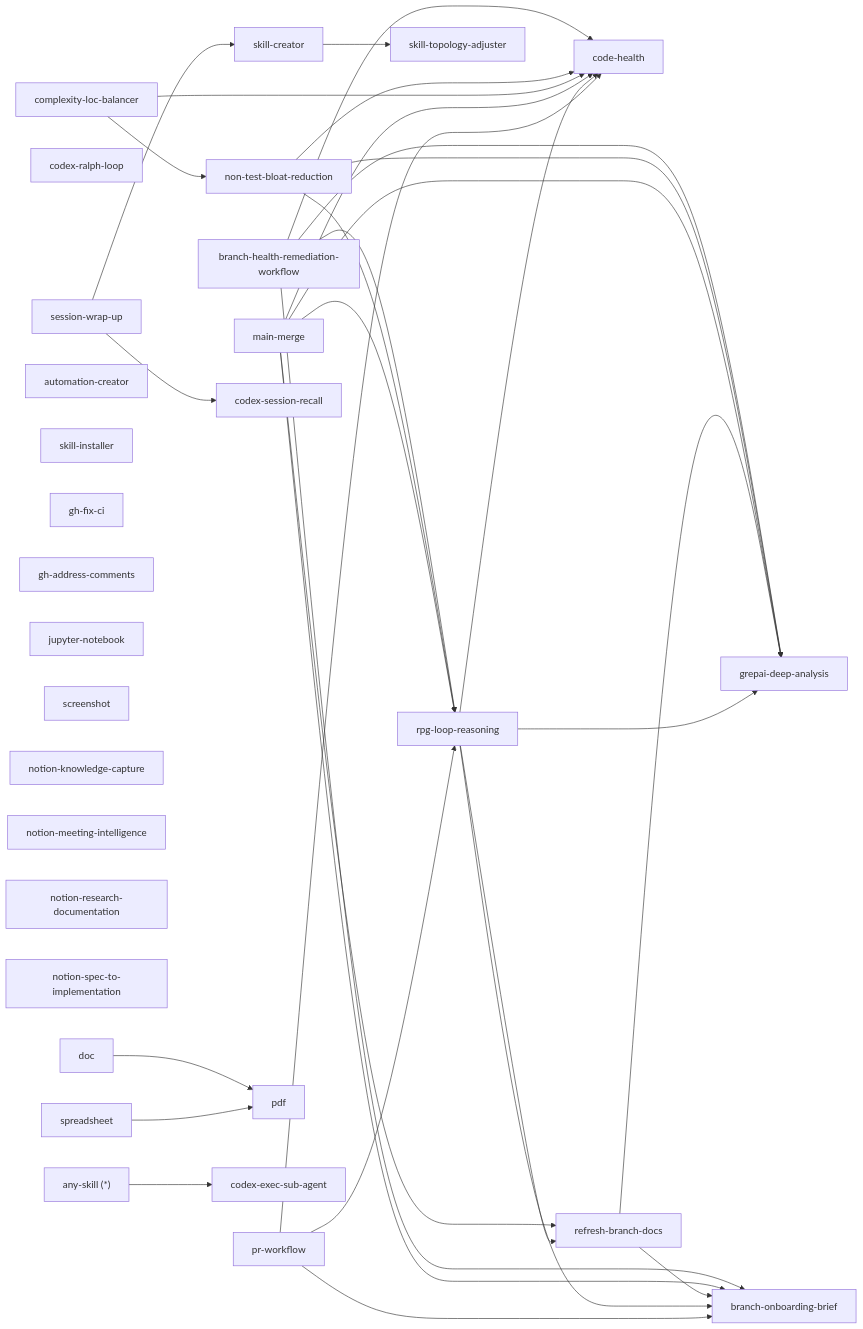
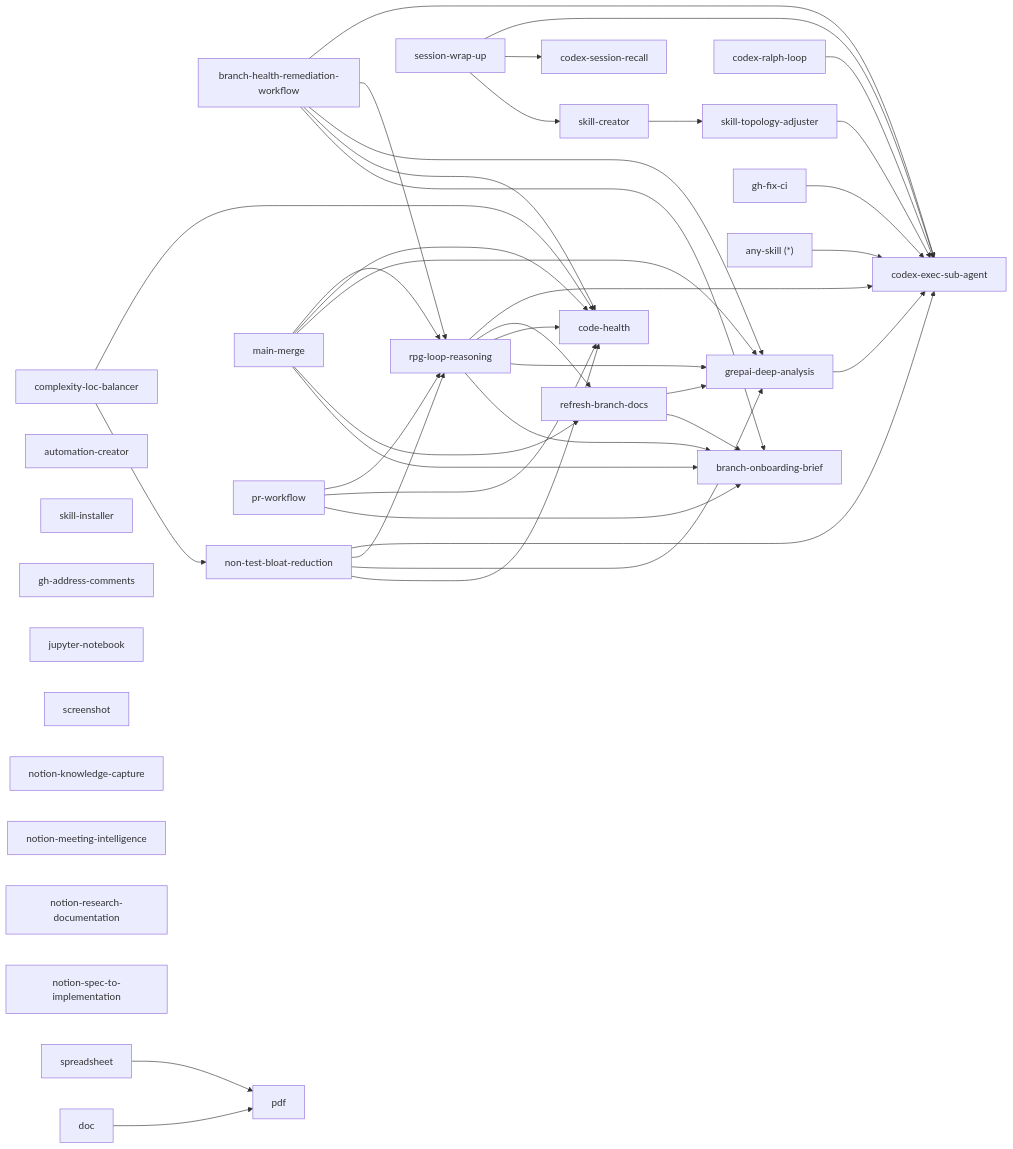
Before and after one commit to tinker495/codex-assets: the first of 2 diagrams in skills/.system/skill-creator/references/skill_topology.md, drawn with Mermaid. The commit also changed other lines of this file and 9 other files, not shown here.

````diff
--- a/skills/.system/skill-creator/references/skill_topology.md
+++ b/skills/.system/skill-creator/references/skill_topology.md
@@ -80,54 +98,63 @@
 ```mermaid
 flowchart LR
   BHRW["branch-health-remediation-workflow"] --> BOB["branch-onboarding-brief"]
   BHRW --> CH["code-health"]
   BHRW --> GDA["grepai-deep-analysis"]
   BHRW --> RLR["rpg-loop-reasoning"]
 
   NTBR["non-test-bloat-reduction"] --> CH
   NTBR --> GDA
   NTBR --> RLR
 
   CLB["complexity-loc-balancer"] --> NTBR
   CLB --> CH
 
   MM["main-merge"] --> BOB
   MM --> RBD["refresh-branch-docs"]
   MM --> GDA
   MM --> CH
   MM --> RLR
 
   RBD --> BOB
   RBD --> GDA
 
   RLR["rpg-loop-reasoning"] --> BOB
   RLR --> GDA
   RLR --> CH
   RLR --> RBD
 
   PR["pr-workflow"] --> BOB
   PR --> CH
   PR --> RLR
 
   CRL["codex-ralph-loop"]
 
   SWU["session-wrap-up"] --> SC["skill-creator"]
   SWU --> CSR["codex-session-recall"]
 
   SC --> STA["skill-topology-adjuster"]
 
   AC["automation-creator"]
   SI["skill-installer"]
   GHF["gh-fix-ci"]
   GHC["gh-address-comments"]
   JNB["jupyter-notebook"]
   SHOT["screenshot"]
   NKC["notion-knowledge-capture"]
   NMI["notion-meeting-intelligence"]
   NRD["notion-research-documentation"]
   NSI["notion-spec-to-implementation"]
 
   DOC["doc"] --> PDF["pdf"]
   SS["spreadsheet"] --> PDF
   ANY["any-skill (*)"] --> CESA["codex-exec-sub-agent"]
+
+  GDA --> CESA
+  BHRW --> CESA
+  NTBR --> CESA
+  RLR --> CESA
+  STA --> CESA
+  CRL --> CESA
+  SWU --> CESA
+  GHF --> CESA
 ```
````
